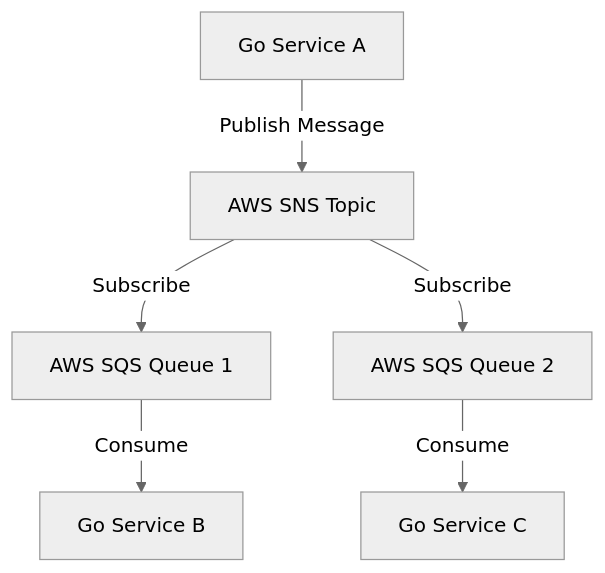
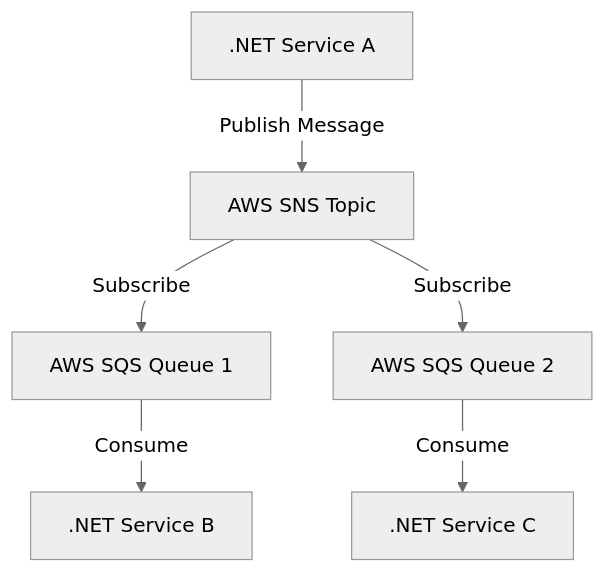
The diagram in README.md (JustJordanT/typescript-azure-service-bus), drawn with Mermaid (neutral theme) before and after one commit. The commit also changed other lines of this file, not shown here.

````diff
--- a/README.md
+++ b/README.md
@@ -3,8 +5,8 @@
 ```mermaid
 graph TD;
-    A[Go Service A] -->|Publish Message| B[AWS SNS Topic]
+    A[.NET Service A] -->|Publish Message| B[AWS SNS Topic]
     B -->|Subscribe| D[AWS SQS Queue 1]
     B -->|Subscribe| E[AWS SQS Queue 2]
-    D -->|Consume| G[Go Service B]
-    E -->|Consume| H[Go Service C]
+    D -->|Consume| G[.NET Service B]
+    E -->|Consume| H[.NET Service C]
 ```
````
